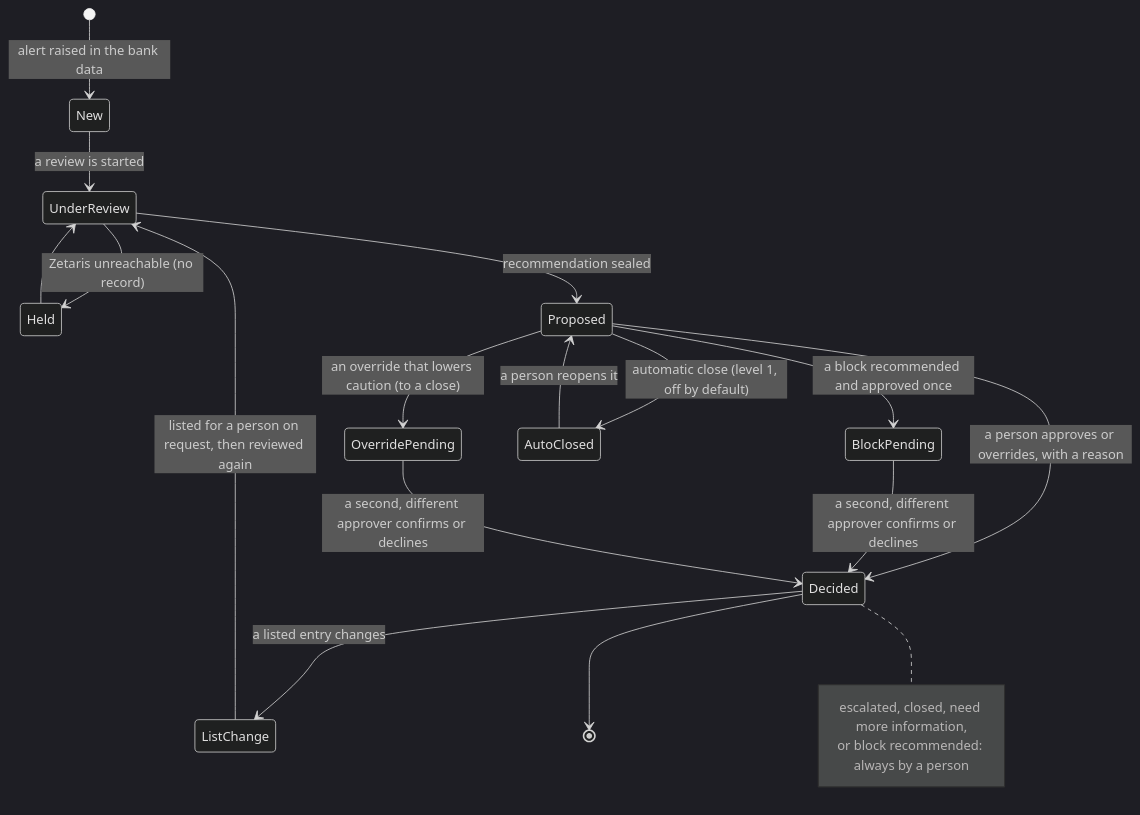
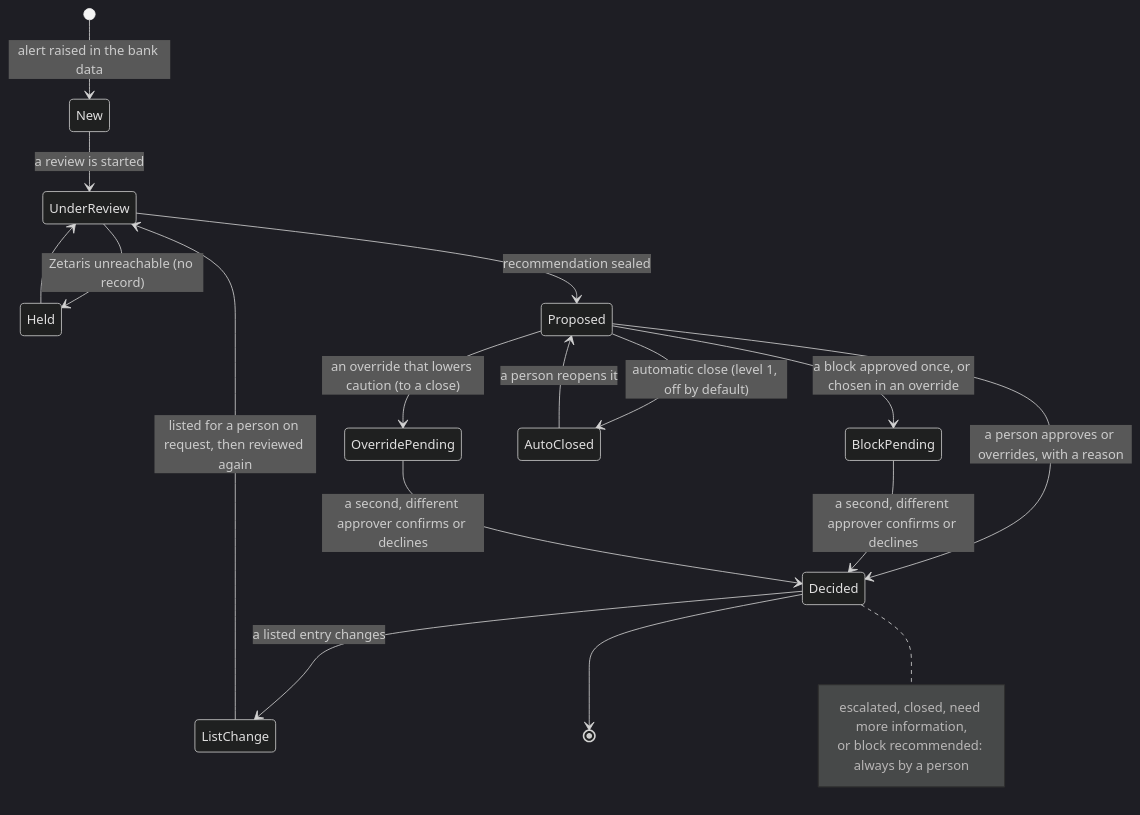
One commit to rahulmahadik/sanctions-desk changed the diagram in docs/diagrams/4-alert-lifecycle.mmd. Above: the diagram before and after it, drawn with Mermaid (dark theme). The commit also changed 21 other files, not shown here.

Commit message:
Review fixes in the generators and diagrams

```diff
--- a/docs/diagrams/4-alert-lifecycle.mmd
+++ b/docs/diagrams/4-alert-lifecycle.mmd
@@ -1,22 +1,22 @@
 %% The states of an alert, from packages/agents/src/human-state.ts, human-decision.ts, autonomy.ts and list-change.ts.
 stateDiagram-v2
   direction TB
   [*] --> New: alert raised in the bank data
   New --> UnderReview: a review is started
   UnderReview --> Held: Zetaris unreachable (no record)
   UnderReview --> Proposed: recommendation sealed
   Held --> UnderReview
   Proposed --> Decided: a person approves or overrides, with a reason
-  Proposed --> BlockPending: a block recommended and approved once
+  Proposed --> BlockPending: a block approved once, or chosen in an override
   Proposed --> OverridePending: an override that lowers caution (to a close)
   BlockPending --> Decided: a second, different approver confirms or declines
   OverridePending --> Decided: a second, different approver confirms or declines
   Proposed --> AutoClosed: automatic close (level 1, off by default)
   AutoClosed --> Proposed: a person reopens it
   Decided --> ListChange: a listed entry changes
   ListChange --> UnderReview: listed for a person on request, then reviewed again
   Decided --> [*]
   note right of Decided
     escalated, closed, need more information,
     or block recommended: always by a person
   end note
```
